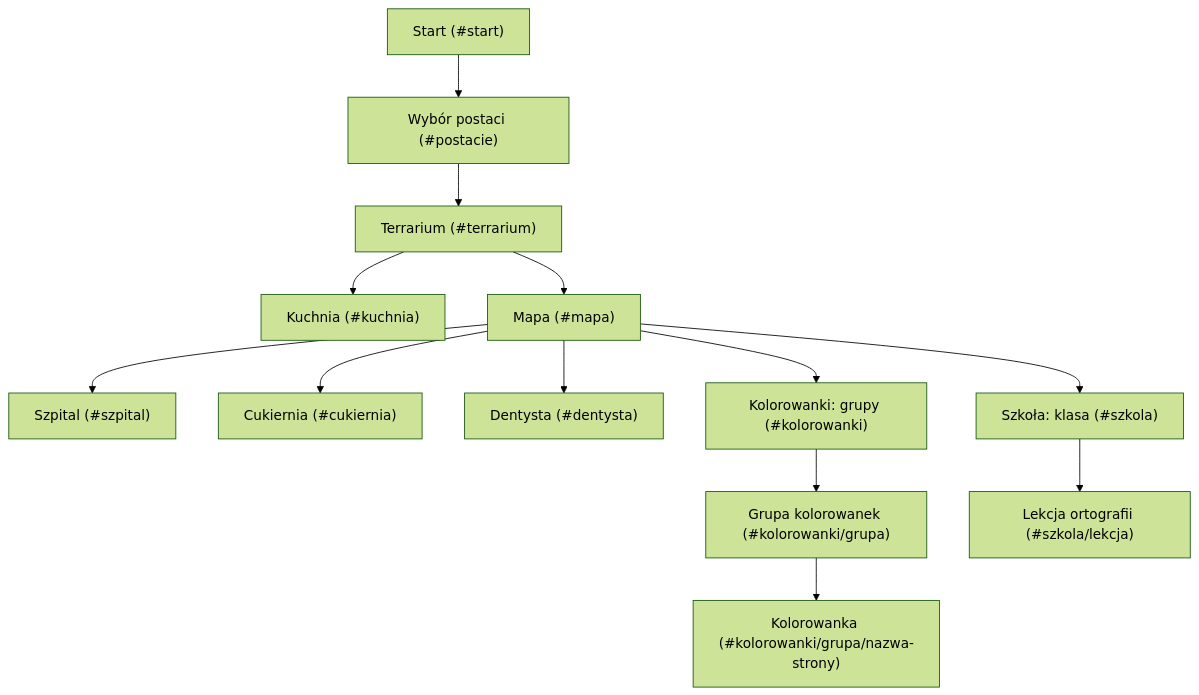
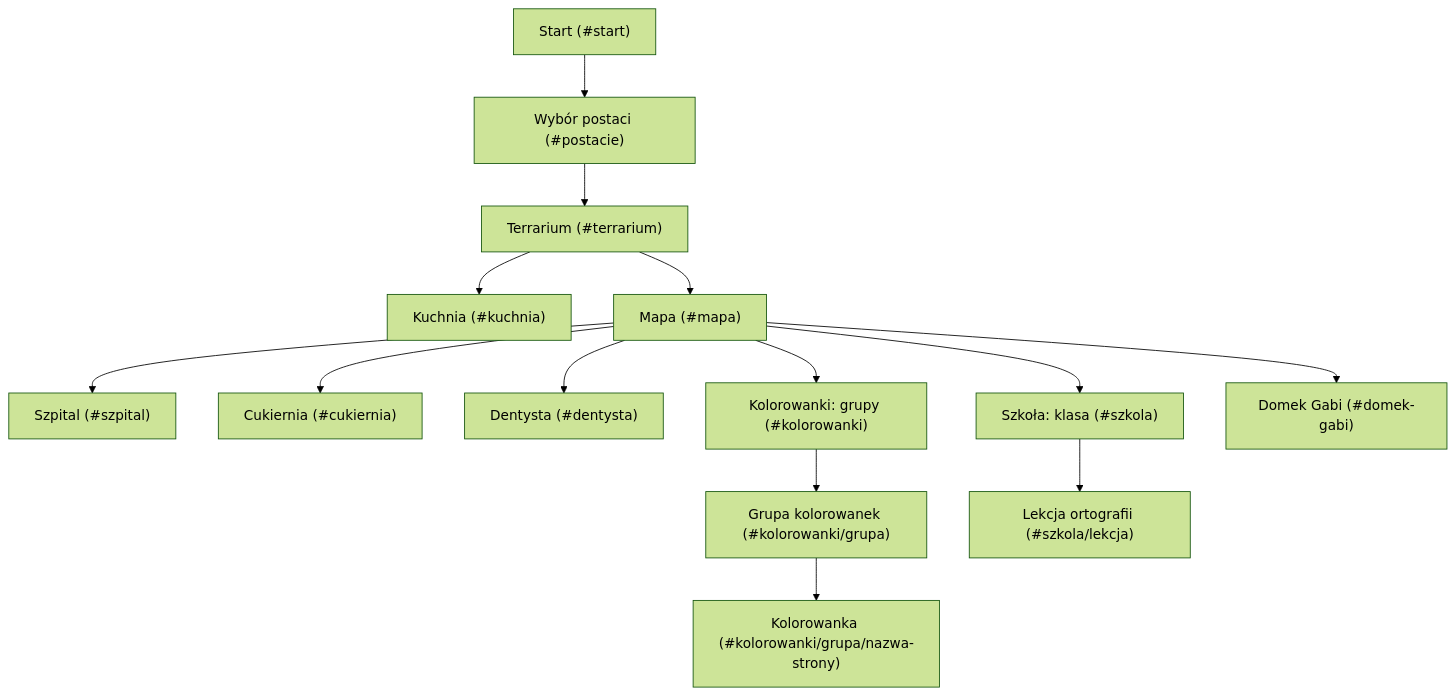
The diagram in README.md (matyldawarp/swiat-siostr), drawn with Mermaid (forest theme) before and after one commit. The commit also changed 6 other files, not shown here.

Commit message:
Domek Gabi na mapie: koci domek z oknami do zapalania

````diff
--- a/README.md
+++ b/README.md
@@ -29,15 +29,16 @@
 ```mermaid
 flowchart TD
     start["Start (#start)"] --> postacie["Wybór postaci (#postacie)"]
     postacie --> terrarium["Terrarium (#terrarium)"]
     terrarium --> kuchnia["Kuchnia (#kuchnia)"]
     terrarium --> mapa["Mapa (#mapa)"]
     mapa --> szpital["Szpital (#szpital)"]
     mapa --> cukiernia["Cukiernia (#cukiernia)"]
     mapa --> dentysta["Dentysta (#dentysta)"]
     mapa --> kolorowanki["Kolorowanki: grupy (#kolorowanki)"]
     kolorowanki --> grupa["Grupa kolorowanek (#kolorowanki/grupa)"]
     grupa --> strona["Kolorowanka (#kolorowanki/grupa/nazwa-strony)"]
     mapa --> szkola["Szkoła: klasa (#szkola)"]
     szkola --> lekcja["Lekcja ortografii (#szkola/lekcja)"]
+    mapa --> gabi["Domek Gabi (#domek-gabi)"]
 ```
````
